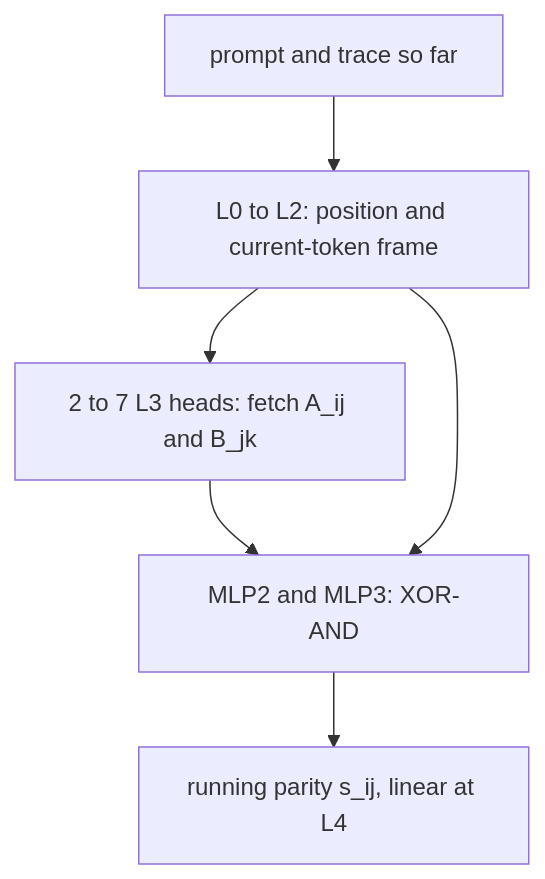
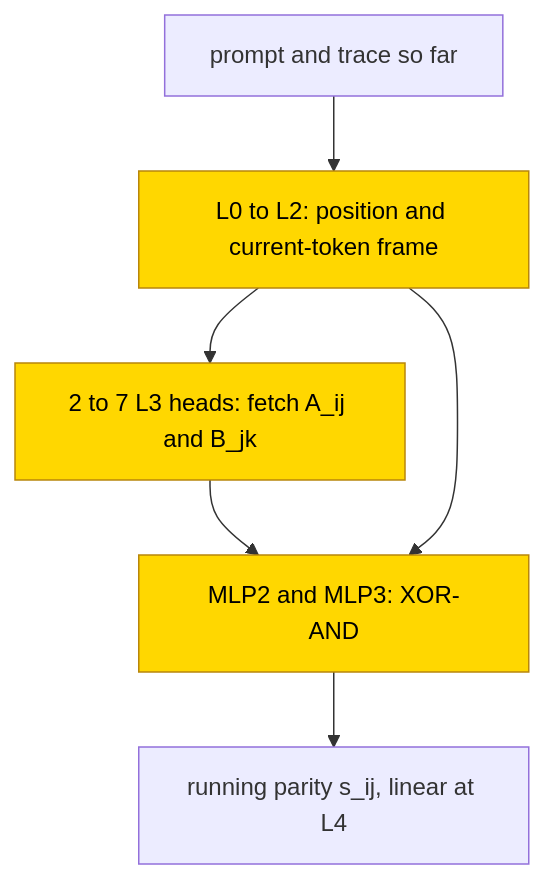
The second of 2 diagrams in entries/gf2-matrix-product.md (jc1122/mechanistic-interpretability-circuit-atlas), drawn with Mermaid before and after one commit. The commit also changed other lines of this file and 54 other files, not shown here.

````diff
--- a/entries/gf2-matrix-product.md
+++ b/entries/gf2-matrix-product.md
@@ -147,8 +157,10 @@
 ```mermaid
 flowchart TD
     P["prompt and trace so far"] --> FR["L0 to L2: position and current-token frame"]
     FR --> H3["2 to 7 L3 heads: fetch A_ij and B_jk"]
     H3 --> X["MLP2 and MLP3: XOR-AND"]
     FR --> X
     X --> Y["running parity s_ij, linear at L4"]
+    classDef trained fill:gold,stroke:darkgoldenrod,color:black
+    class FR,H3,X trained
 ```
````
